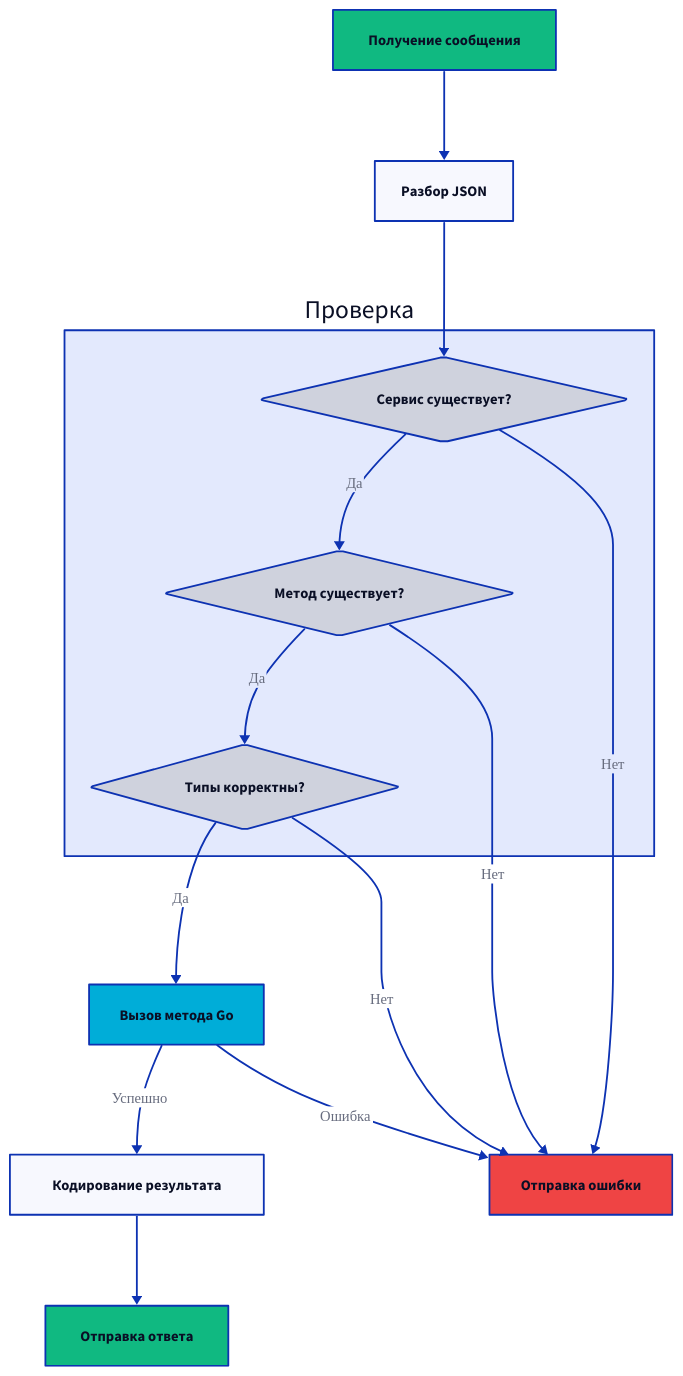
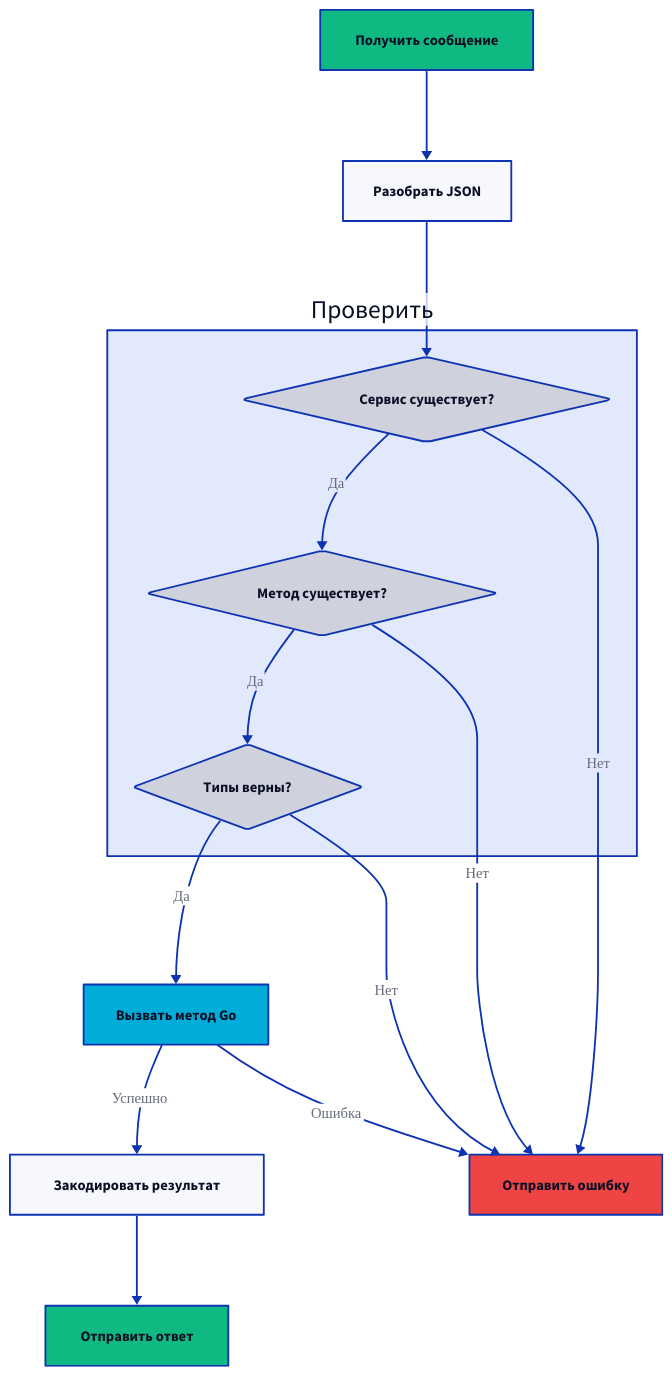
The second of 2 diagrams in docs/mpress/content/ru/concepts/bridge.md (wailsapp/wails), drawn with D2 before and after one commit. The commit also changed other lines of this file and 1419 other files, not shown here.

````diff
--- a/docs/mpress/content/ru/concepts/bridge.md
+++ b/docs/mpress/content/ru/concepts/bridge.md
@@ -160,57 +160,57 @@
 ```d2
 direction: down
 
-Receive: Получение сообщения {
+Receive: Получить сообщение {
   shape: rectangle
   style.fill: "#10B981"
 }
 
-Parse: Разбор JSON {
+Parse: Разобрать JSON {
   shape: rectangle
 }
 
-Validate: Проверка {
+Validate: Проверить {
   Check: Сервис существует? {
     shape: diamond
   }
 
   CheckMethod: Метод существует? {
     shape: diamond
   }
 
-  CheckTypes: Типы корректны? {
+  CheckTypes: Типы верны? {
     shape: diamond
   }
 }
 
-Invoke: Вызов метода Go {
+Invoke: Вызвать метод Go {
   shape: rectangle
   style.fill: "#00ADD8"
 }
 
-Encode: Кодирование результата {
+Encode: Закодировать результат {
   shape: rectangle
 }
 
-Send: Отправка ответа {
+Send: Отправить ответ {
   shape: rectangle
   style.fill: "#10B981"
 }
 
-Error: Отправка ошибки {
+Error: Отправить ошибку {
   shape: rectangle
   style.fill: "#EF4444"
 }
 
 Receive -> Parse
 Parse -> Validate.Check
 Validate.Check -> Validate.CheckMethod: Да
 Validate.Check -> Error: Нет
 Validate.CheckMethod -> Validate.CheckTypes: Да
 Validate.CheckMethod -> Error: Нет
 Validate.CheckTypes -> Invoke: Да
 Validate.CheckTypes -> Error: Нет
 Invoke -> Encode: Успешно
 Invoke -> Error: Ошибка
 Encode -> Send
 ```
````
